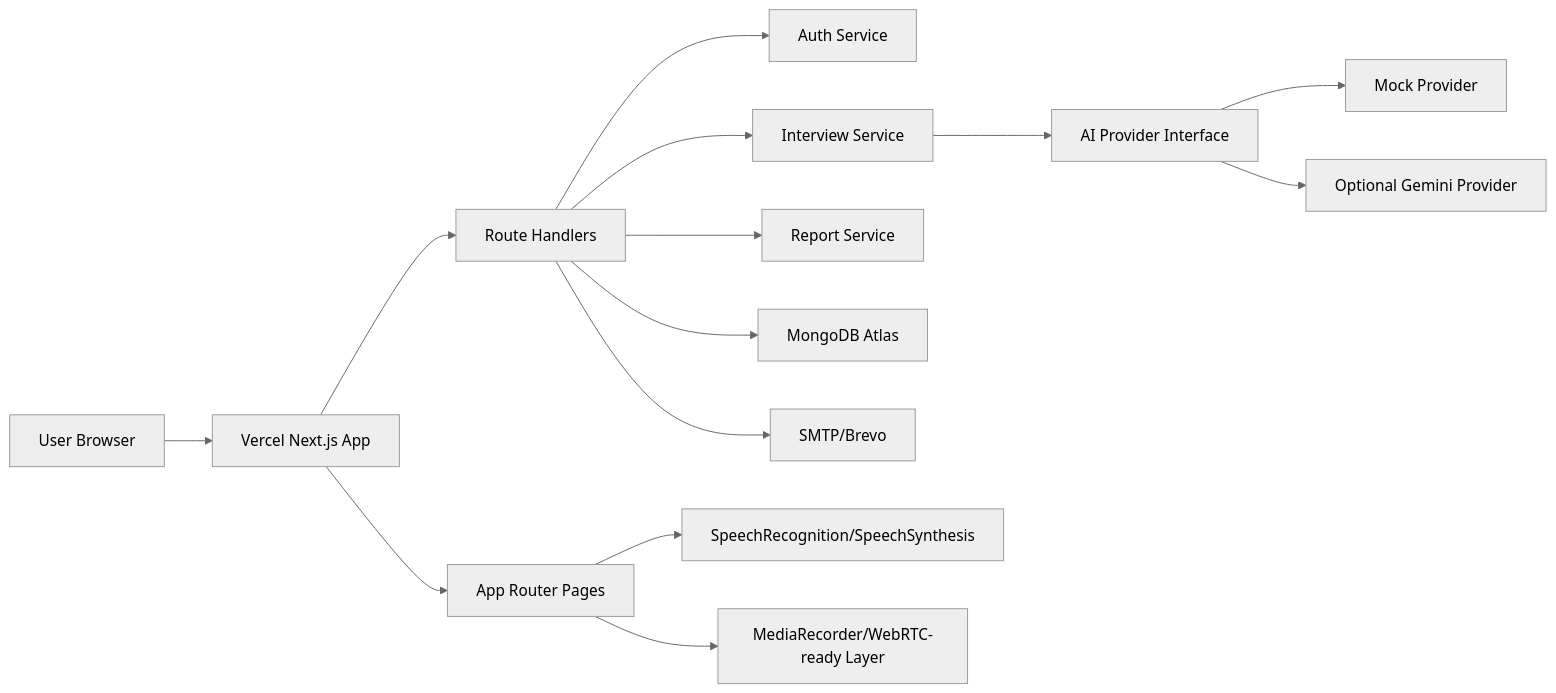
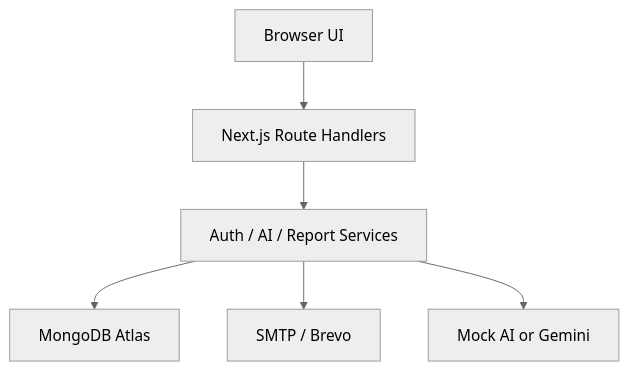
The diagram in README.md (Rajtiwari0202/prepwise-ai), drawn with Mermaid (neutral theme) before and after one commit. The commit also changed other lines of this file, not shown here.

Commit message:
docs: make architecture readable in readme

````diff
--- a/README.md
+++ b/README.md
@@ -135,16 +167,8 @@
 ```mermaid
-flowchart LR
-  Browser["User Browser"] --> App["Vercel Next.js App"]
-  App --> Pages["App Router Pages"]
-  App --> API["Route Handlers"]
-  API --> Auth["Auth Service"]
-  API --> Interview["Interview Service"]
-  API --> Reports["Report Service"]
-  Interview --> AI["AI Provider Interface"]
-  AI --> Mock["Mock Provider"]
-  AI --> Gemini["Optional Gemini Provider"]
-  API --> Mongo["MongoDB Atlas"]
-  API --> SMTP["SMTP/Brevo"]
-  Pages --> Speech["SpeechRecognition/SpeechSynthesis"]
-  Pages --> Media["MediaRecorder/WebRTC-ready Layer"]
+flowchart TD
+  A["Browser UI"] --> B["Next.js Route Handlers"]
+  B --> C["Auth / AI / Report Services"]
+  C --> D["MongoDB Atlas"]
+  C --> E["SMTP / Brevo"]
+  C --> F["Mock AI or Gemini"]
 ```
````
